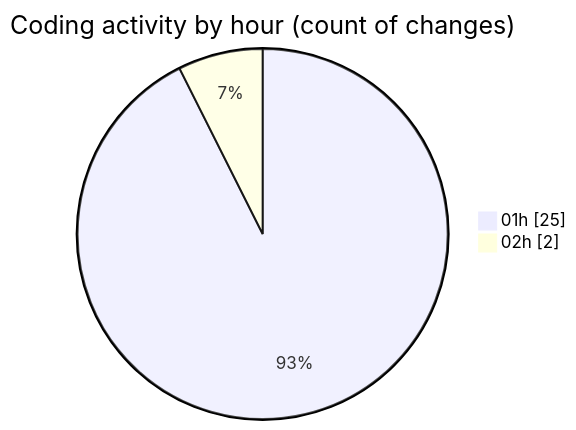
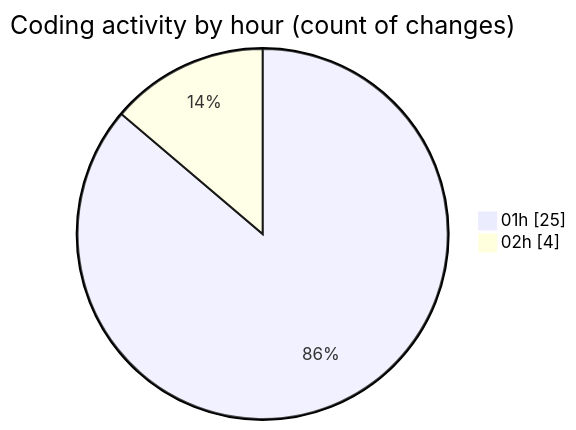
The second of 2 diagrams in 2025-01-02/ai/README.md (ernivani/code-tracking), drawn with Mermaid before and after one commit. The commit also changed other lines of this file and 1 other file, not shown here.

````diff
--- a/2025-01-02/ai/README.md
+++ b/2025-01-02/ai/README.md
@@ -29,6 +29,6 @@
 ```mermaid
 pie showData
 title Coding activity by hour (count of changes)
 "01h" : 25
-"02h" : 2
+"02h" : 4
 ```
````
